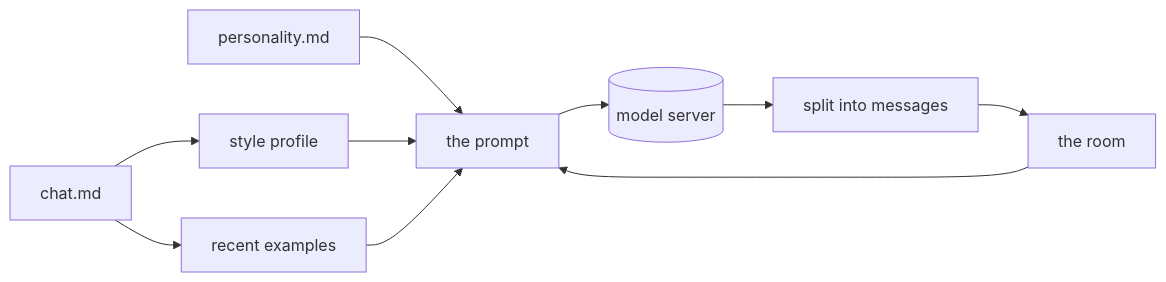
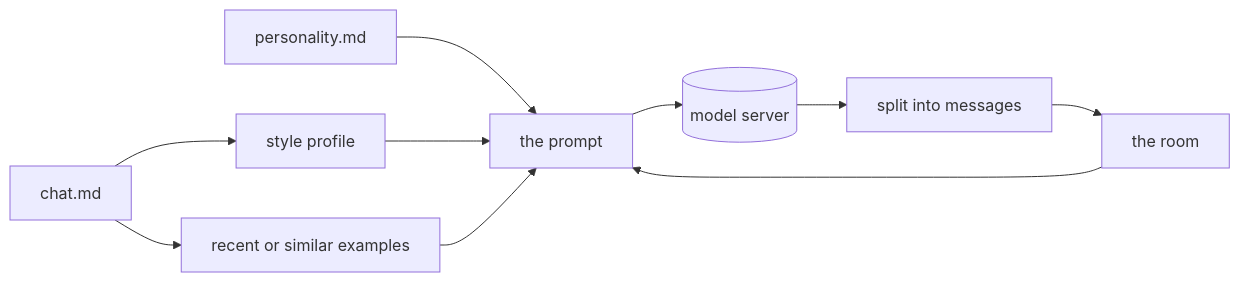
One commit to Stiven-Gjekaj/mimikr changed the diagram in README.md. Above: the diagram before and after it, drawn with Mermaid. The commit also changed other lines of this file, not shown here.

````diff
--- a/README.md
+++ b/README.md
@@ -239,9 +314,9 @@
 ```mermaid
 flowchart LR
     A[personality.md] --> P[the prompt]
     B[chat.md] --> S[style profile] --> P
-    B --> E[recent examples] --> P
+    B --> E[recent or similar examples] --> P
     R[the room] --> P
     P --> M[(model server)]
     M --> X[split into messages] --> R
 ```
````
